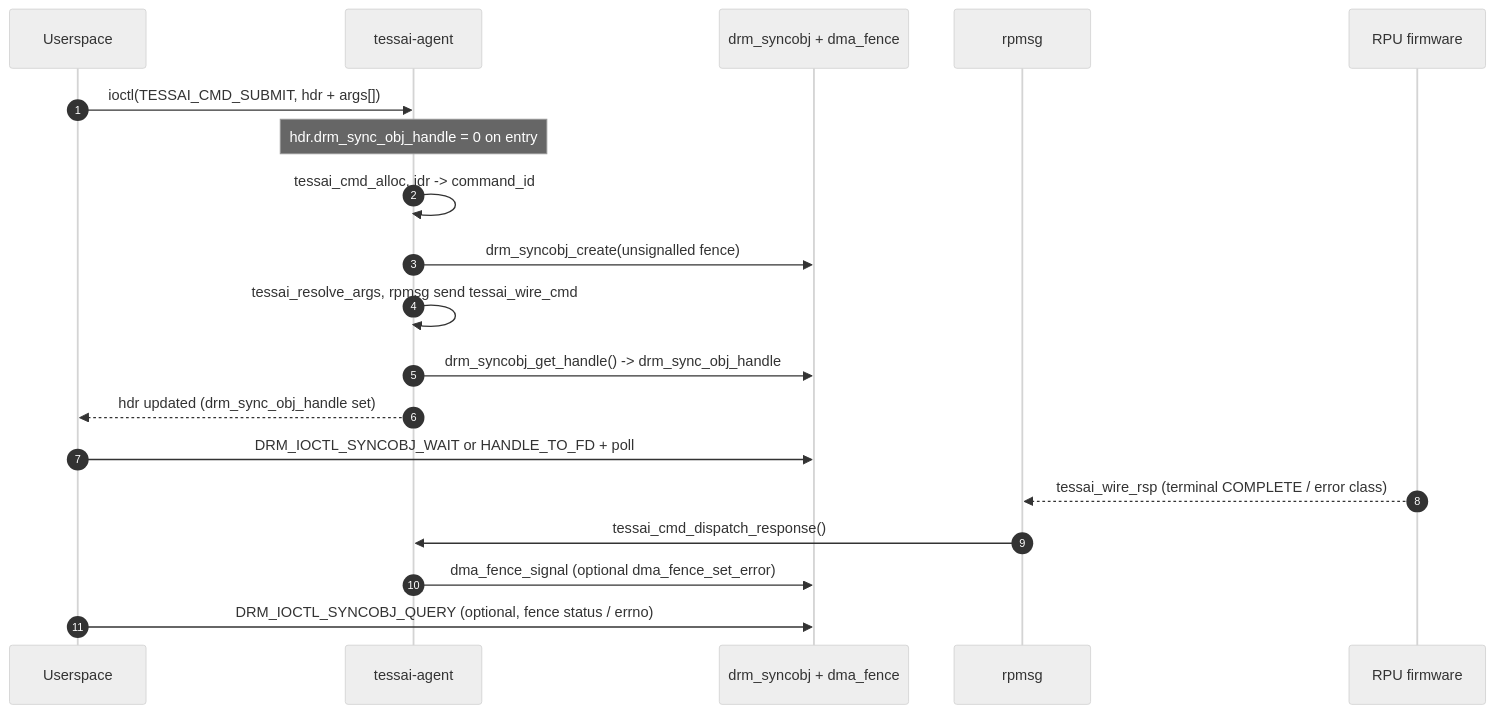
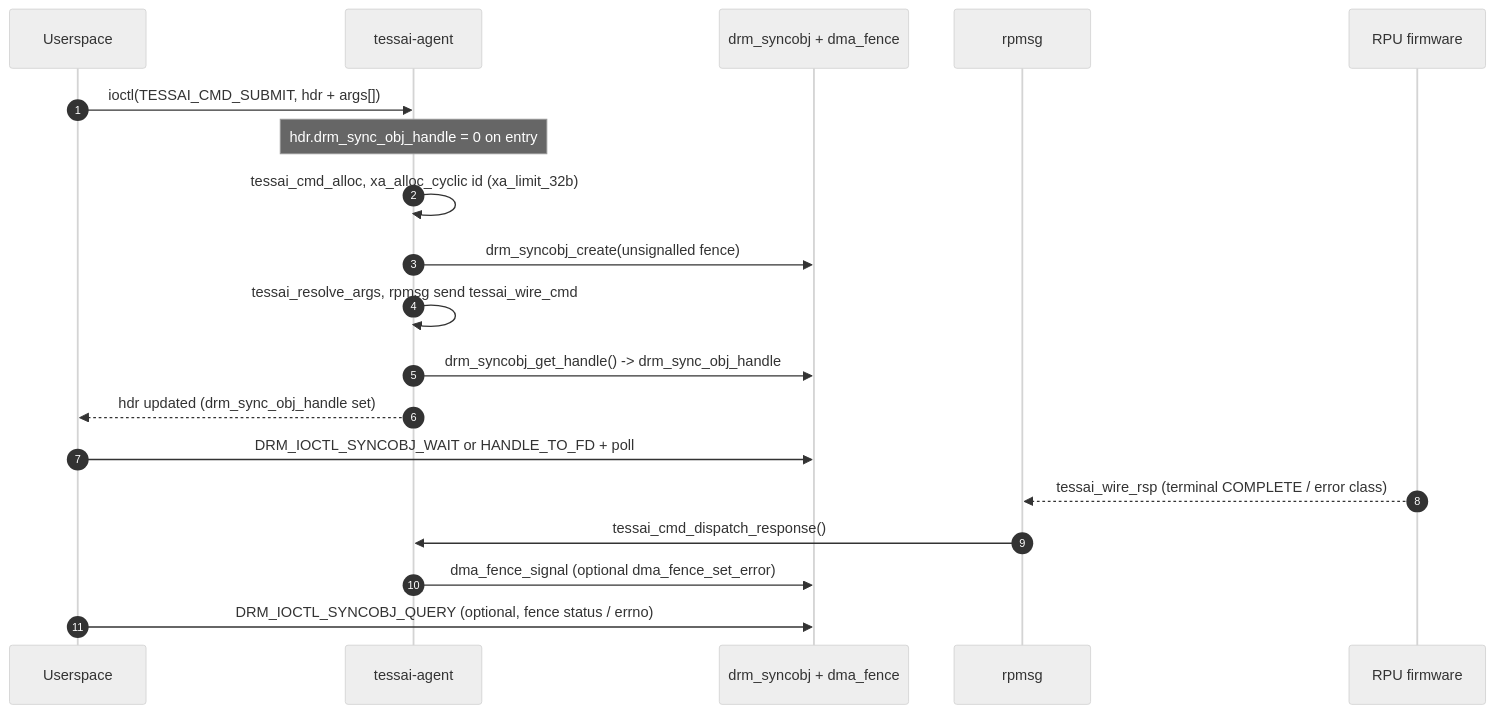
One commit to Xilinx/amdrnpu changed the second of 2 diagrams in docs/commands.md. Above: the diagram before and after it, drawn with Mermaid (neutral theme). The commit also changed other lines of this file and 4 other files, not shown here.

````diff
--- a/docs/commands.md
+++ b/docs/commands.md
@@ -44,25 +48,25 @@
 ```mermaid
 sequenceDiagram
     autonumber
     participant U as Userspace
     participant K as tessai-agent
     participant SO as drm_syncobj + dma_fence
     participant RPMSG as rpmsg
     participant RPU as RPU firmware
 
     U->>K: ioctl(TESSAI_CMD_SUBMIT, hdr + args[])
     Note over K: hdr.drm_sync_obj_handle = 0 on entry
-    K->>K: tessai_cmd_alloc, idr -> command_id
+    K->>K: tessai_cmd_alloc, xa_alloc_cyclic id (xa_limit_32b)
     K->>SO: drm_syncobj_create(unsignalled fence)
     K->>K: tessai_resolve_args, rpmsg send tessai_wire_cmd
     K->>SO: drm_syncobj_get_handle() -> drm_sync_obj_handle
     K-->>U: hdr updated (drm_sync_obj_handle set)
 
     U->>SO: DRM_IOCTL_SYNCOBJ_WAIT or HANDLE_TO_FD + poll
 
     RPU-->>RPMSG: tessai_wire_rsp (terminal COMPLETE / error class)
     RPMSG->>K: tessai_cmd_dispatch_response()
     K->>SO: dma_fence_signal (optional dma_fence_set_error)
 
     U->>SO: DRM_IOCTL_SYNCOBJ_QUERY (optional, fence status / errno)
 ```
````
